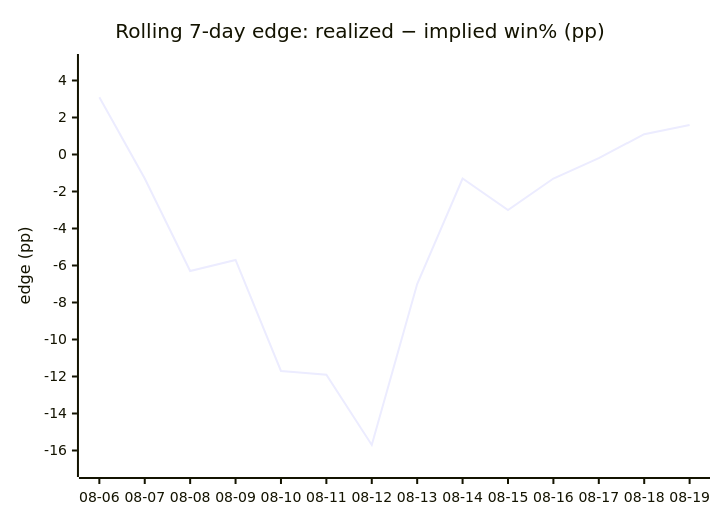
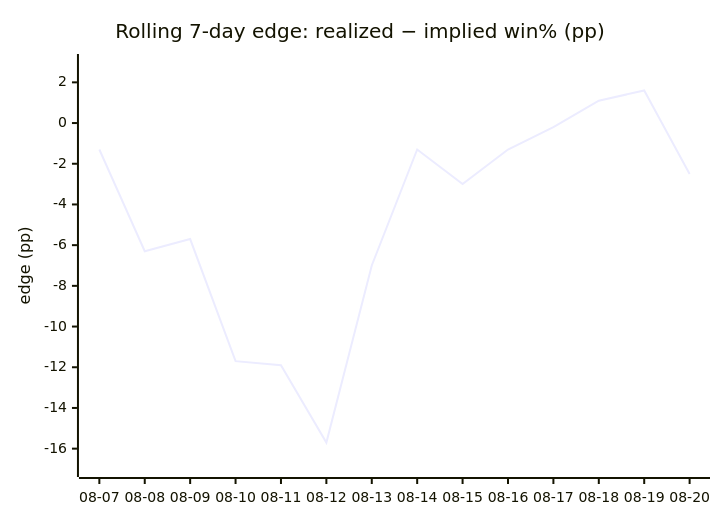
Before and after one commit to dpk1212/nhl-savant: the fourth of 4 diagrams in DAILY_AGSU_REPORT.md, drawn with Mermaid. The commit also changed other lines of this file, not shown here.

````diff
--- a/DAILY_AGSU_REPORT.md
+++ b/DAILY_AGSU_REPORT.md
@@ -839,7 +842,7 @@
 ```mermaid
 xychart-beta
     title "Rolling 7-day edge: realized − implied win% (pp)"
-    x-axis ["08-06", "08-07", "08-08", "08-09", "08-10", "08-11", "08-12", "08-13", "08-14", "08-15", "08-16", "08-17", "08-18", "08-19"]
-    y-axis "edge (pp)" -17 --> 5
-    line [3.1, -1.3, -6.3, -5.7, -11.7, -11.9, -15.7, -7, -1.3, -3, -1.3, -0.2, 1.1, 1.6]
+    x-axis ["08-07", "08-08", "08-09", "08-10", "08-11", "08-12", "08-13", "08-14", "08-15", "08-16", "08-17", "08-18", "08-19", "08-20"]
+    y-axis "edge (pp)" -17 --> 3
+    line [-1.3, -6.3, -5.7, -11.7, -11.9, -15.7, -7, -1.3, -3, -1.3, -0.2, 1.1, 1.6, -2.5]
 ```
````
